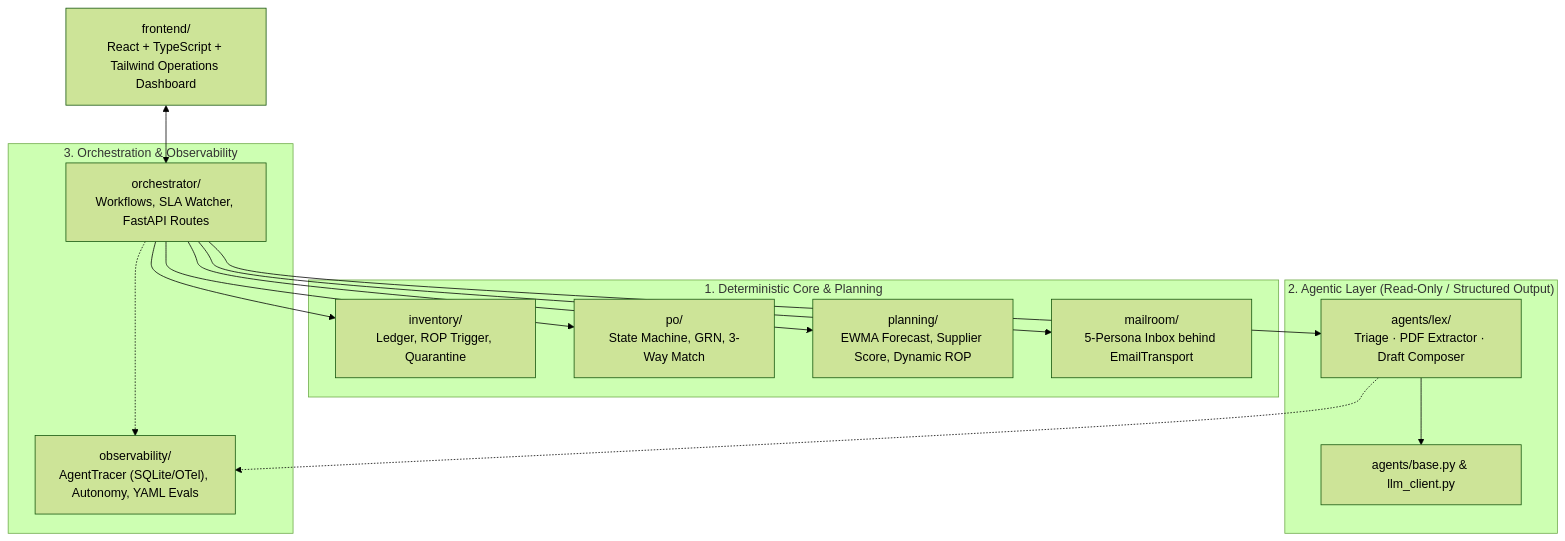
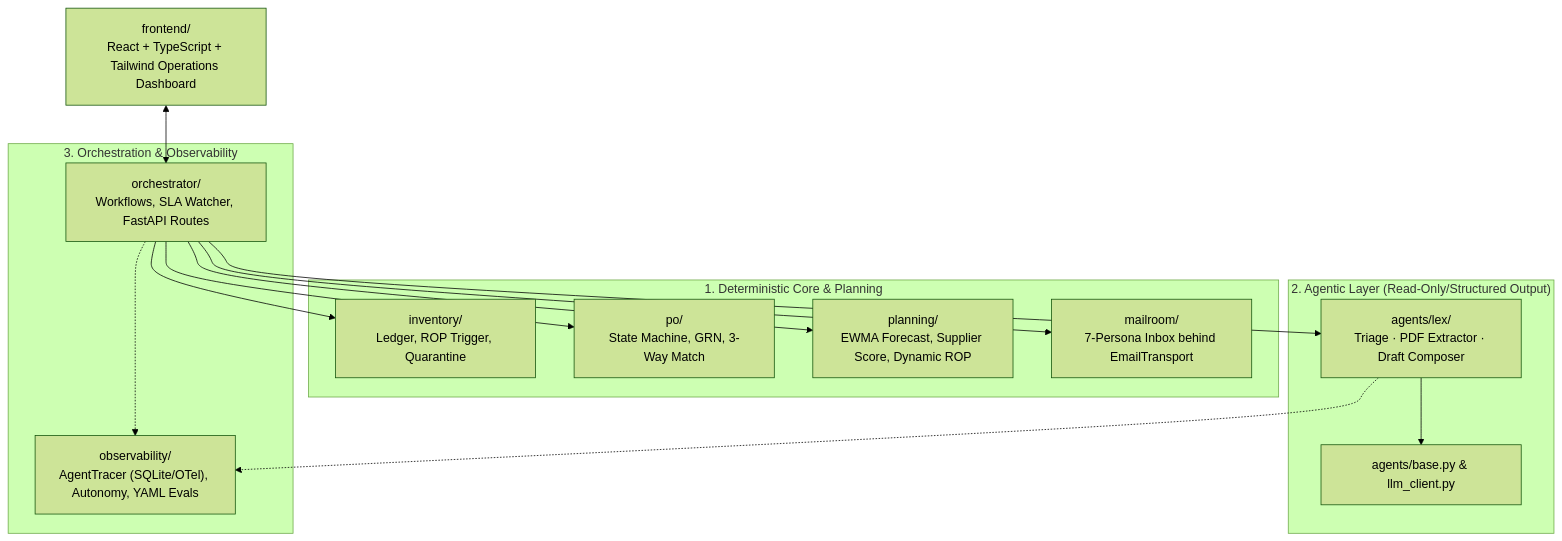
One commit to Cheonma-ds/Inv_Plan changed the diagram in README.md. Above: the diagram before and after it, drawn with Mermaid (forest theme). The commit also changed other lines of this file, not shown here.

````diff
--- a/README.md
+++ b/README.md
@@ -49,31 +49,31 @@
 ```mermaid
 flowchart TB
     subgraph Core["1. Deterministic Core & Planning"]
         INV["inventory/<br/>Ledger, ROP Trigger, Quarantine"]
         PO["po/<br/>State Machine, GRN, 3-Way Match"]
         PLAN["planning/<br/>EWMA Forecast, Supplier Score, Dynamic ROP"]
-        MAIL["mailroom/<br/>5-Persona Inbox behind EmailTransport"]
+        MAIL["mailroom/<br/>7-Persona Inbox behind EmailTransport"]
     end
 
-    subgraph Agents["2. Agentic Layer (Read-Only / Structured Output)"]
+    subgraph Agents["2. Agentic Layer (Read-Only/Structured Output)"]
         BASE["agents/base.py & llm_client.py"]
         LEX["agents/lex/<br/>Triage · PDF Extractor · Draft Composer"]
     end
 
     subgraph Orch["3. Orchestration & Observability"]
         WF["orchestrator/<br/>Workflows, SLA Watcher, FastAPI Routes"]
         OBS["observability/<br/>AgentTracer (SQLite/OTel), Autonomy, YAML Evals"]
     end
 
     UI["frontend/<br/>React + TypeScript + Tailwind Operations Dashboard"]
 
     UI <--> WF
     WF --> INV
     WF --> PO
     WF --> PLAN
     WF --> MAIL
     WF --> LEX
     LEX --> BASE
     WF -.-> OBS
     LEX -.-> OBS
 ```
````
